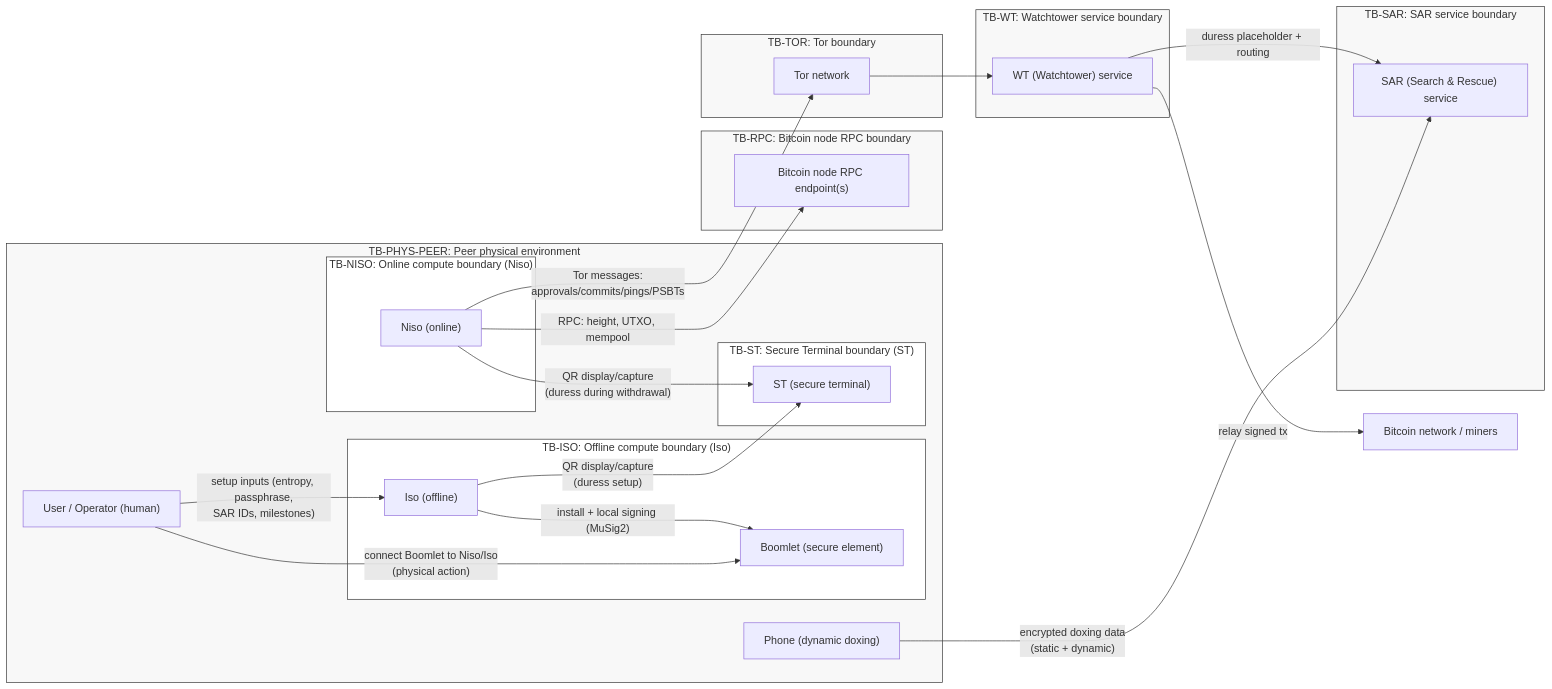
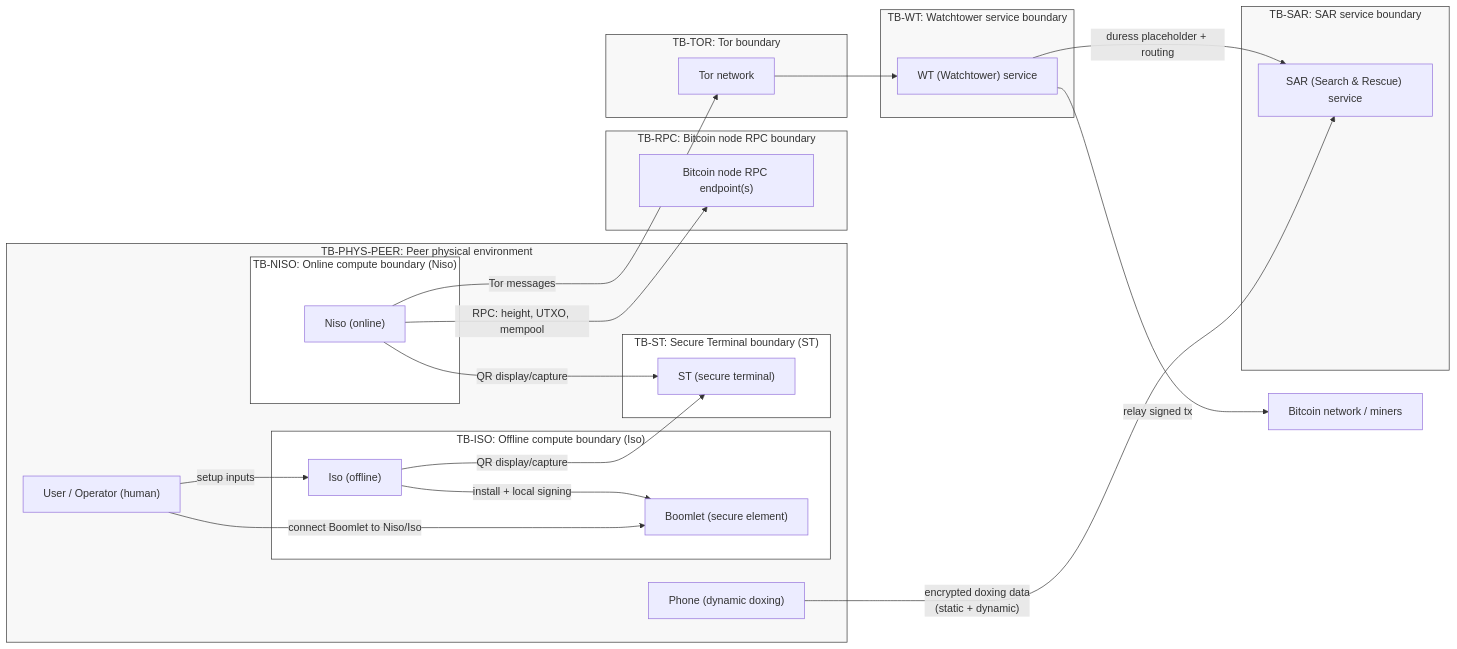
The first of 9 diagrams in security_models/README.md (bitryonix/boomerang_design), drawn with Mermaid before and after one commit. The commit also changed other lines of this file, not shown here.

````diff
--- a/security_models/README.md
+++ b/security_models/README.md
@@ -311,67 +224,64 @@
 ```mermaid
 flowchart LR
   %% External actors / networks (not a single trust boundary)
   BTC["Bitcoin network / miners"]
 
-  %% External service boundaries
   subgraph TORB["TB-TOR: Tor boundary"]
     TOR["Tor network"]
   end
 
   subgraph RPCB["TB-RPC: Bitcoin node RPC boundary"]
     NODE["Bitcoin node RPC endpoint(s)"]
   end
 
   subgraph WTB["TB-WT: Watchtower service boundary"]
     WT["WT (Watchtower) service"]
   end
 
   subgraph SARB["TB-SAR: SAR service boundary"]
     SAR["SAR (Search & Rescue) service"]
   end
 
-  %% One peer (replicated N times)
   subgraph PEER["TB-PHYS-PEER: Peer physical environment"]
     USER["User / Operator (human)"]
 
     subgraph OFF["TB-ISO: Offline compute boundary (Iso)"]
       ISO["Iso (offline)"]
       BOOM["Boomlet (secure element)"]
     end
 
     subgraph STB["TB-ST: Secure Terminal boundary (ST)"]
       ST["ST (secure terminal)"]
     end
 
     subgraph ON["TB-NISO: Online compute boundary (Niso)"]
       NISO["Niso (online)"]
     end
 
     PHONE["Phone (dynamic doxing)"]
   end
 
-  %% Cross-boundary flows (examples)
-  USER -- "setup inputs (entropy, passphrase,\nSAR IDs, milestones)" --> ISO
-  ISO -- "install + local signing (MuSig2)" --> BOOM
-  ISO -- "QR display/capture\n(duress setup)" --> ST
-  NISO -- "QR display/capture\n(duress during withdrawal)" --> ST
-  USER -- "connect Boomlet to Niso/Iso\n(physical action)" --> BOOM
+  USER -- "setup inputs" --> ISO
+  ISO -- "install + local signing" --> BOOM
+  ISO -- "QR display/capture" --> ST
+  NISO -- "QR display/capture" --> ST
+  USER -- "connect Boomlet to Niso/Iso" --> BOOM
 
-  NISO -- "Tor messages:\napprovals/commits/pings/PSBTs" --> TOR
+  NISO -- "Tor messages" --> TOR
   TOR --> WT
   NISO -- "RPC: height, UTXO, mempool" --> NODE
 
   WT -- "relay signed tx" --> BTC
   WT -- "duress placeholder + routing" --> SAR
   PHONE -- "encrypted doxing data\n(static + dynamic)" --> SAR
 
   %% Styling for boundary boxes
   style TORB fill:#f8f8f8,stroke:#333,stroke-width:1px
   style RPCB fill:#f8f8f8,stroke:#333,stroke-width:1px
   style WTB fill:#f8f8f8,stroke:#333,stroke-width:1px
   style SARB fill:#f8f8f8,stroke:#333,stroke-width:1px
   style PEER fill:#f8f8f8,stroke:#333,stroke-width:1px
   style OFF fill:#ffffff,stroke:#333,stroke-width:1px
   style STB fill:#ffffff,stroke:#333,stroke-width:1px
   style ON fill:#ffffff,stroke:#333,stroke-width:1px
 ```
````
